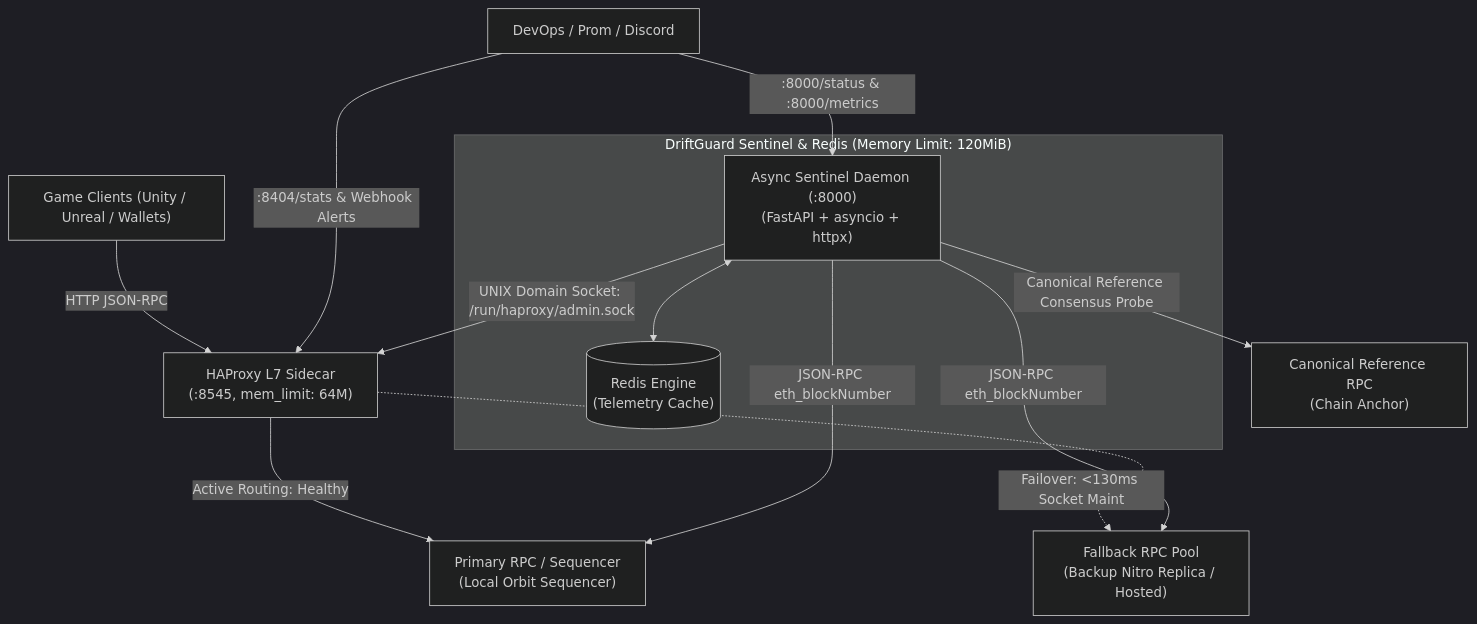
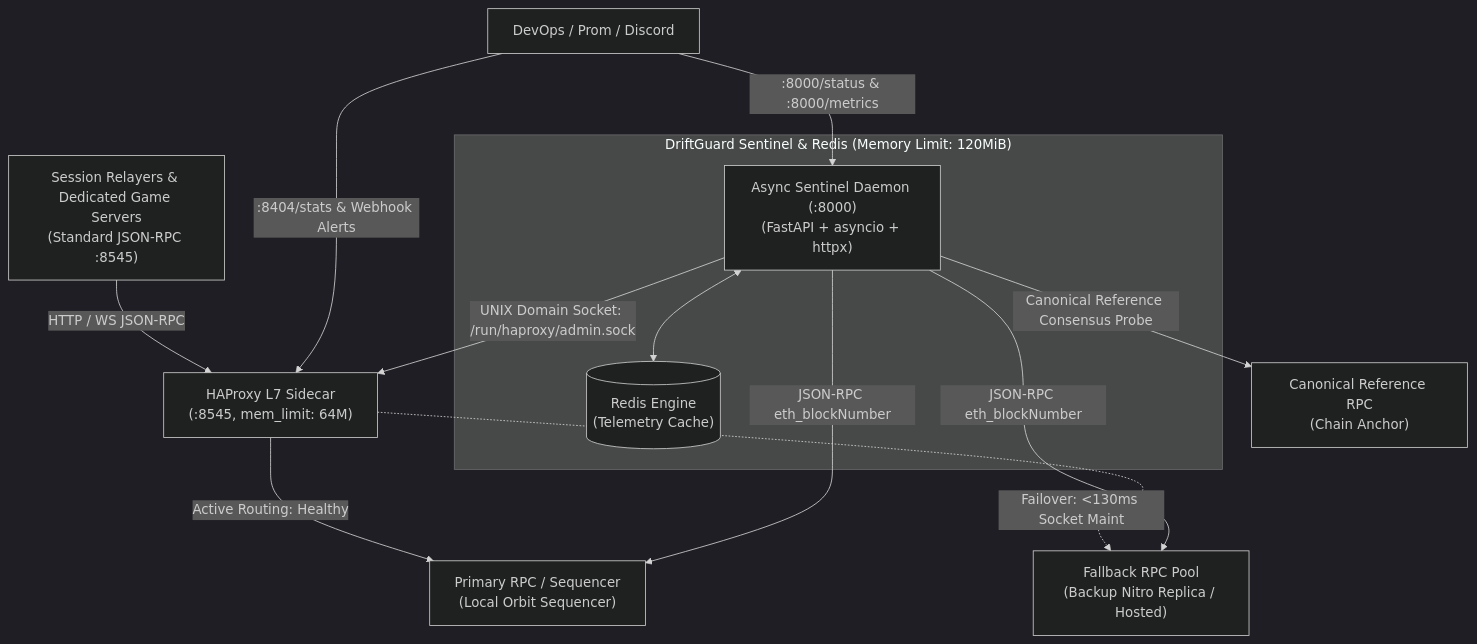
The diagram in README.md (maskalfreeup-glitch/driftguard), drawn with Mermaid (dark theme) before and after one commit. The commit also changed other lines of this file and 8 other files, not shown here.

````diff
--- a/README.md
+++ b/README.md
@@ -208,22 +208,22 @@
 ```mermaid
 flowchart TD
-    Client["Game Clients (Unity / Unreal / Wallets)"] -->|HTTP JSON-RPC| HAP["HAProxy L7 Sidecar\n(:8545, mem_limit: 64M)"]
+    Client["Session Relayers & Dedicated Game Servers\n(Standard JSON-RPC :8545)"] -->|HTTP / WS JSON-RPC| HAP["HAProxy L7 Sidecar\n(:8545, mem_limit: 64M)"]
     
     HAP -->|Active Routing: Healthy| P["Primary RPC / Sequencer\n(Local Orbit Sequencer)"]
     HAP -.->|Failover: <130ms Socket Maint| F["Fallback RPC Pool\n(Backup Nitro Replica / Hosted)"]
     
     subgraph Sentinel_Engine ["DriftGuard Sentinel & Redis (Memory Limit: 120MiB)"]
         S["Async Sentinel Daemon (:8000)\n(FastAPI + asyncio + httpx)"]
         R[("Redis Engine\n(Telemetry Cache)")]
         S <--> R
     end
 
     S -->|JSON-RPC eth_blockNumber| P
     S -->|JSON-RPC eth_blockNumber| F
     S -->|Canonical Reference Consensus Probe| C["Canonical Reference RPC\n(Chain Anchor)"]
     
     S -->|UNIX Domain Socket: /run/haproxy/admin.sock| HAP
 
     Operator["DevOps / Prom / Discord"] -->|:8404/stats & Webhook Alerts| HAP
     Operator -->|:8000/status & :8000/metrics| S
 ```
````
